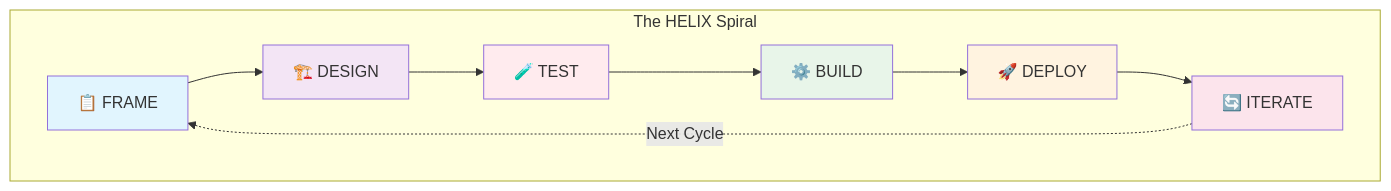
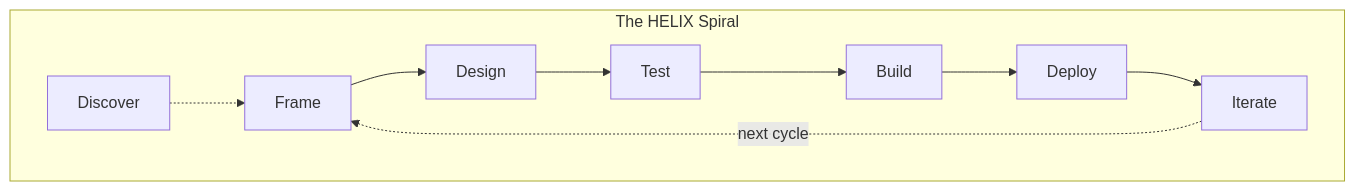
Before and after one commit to easel/helix: the diagram in workflows/README.md, drawn with Mermaid. The commit also changed other lines of this file and 329 other files, not shown here.

````diff
--- a/workflows/README.md
+++ b/workflows/README.md
@@ -146,18 +76,12 @@
 ```mermaid
 graph TB
     subgraph "The HELIX Spiral"
-        F[📋 FRAME] --> D[🏗️ DESIGN]
-        D --> T[🧪 TEST]
-        T --> B[⚙️ BUILD]
-        B --> DP[🚀 DEPLOY]
-        DP --> I[🔄 ITERATE]
-        I -.->|Next Cycle| F
+        O[Discover] -.-> F[Frame]
+        F --> D[Design]
+        D --> T[Test]
+        T --> B[Build]
+        B --> P[Deploy]
+        P --> I[Iterate]
+        I -.->|next cycle| F
     end
-
-    style F fill:#e1f5fe
-    style D fill:#f3e5f5
-    style T fill:#ffebee
-    style B fill:#e8f5e9
-    style DP fill:#fff3e0
-    style I fill:#fce4ec
 ```
````
